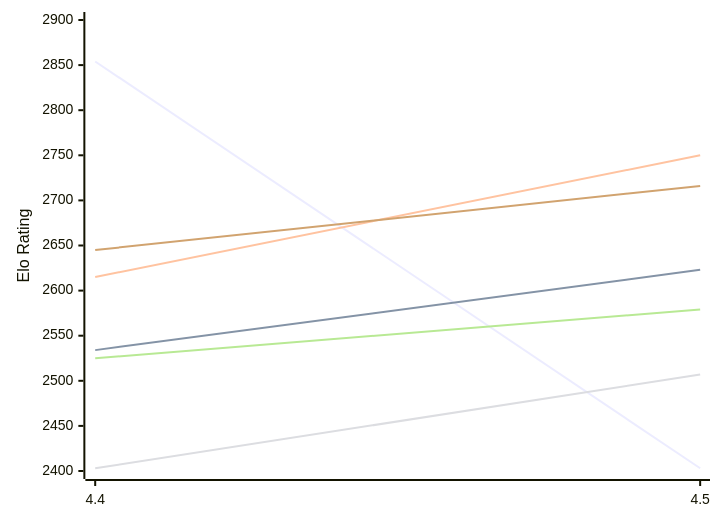
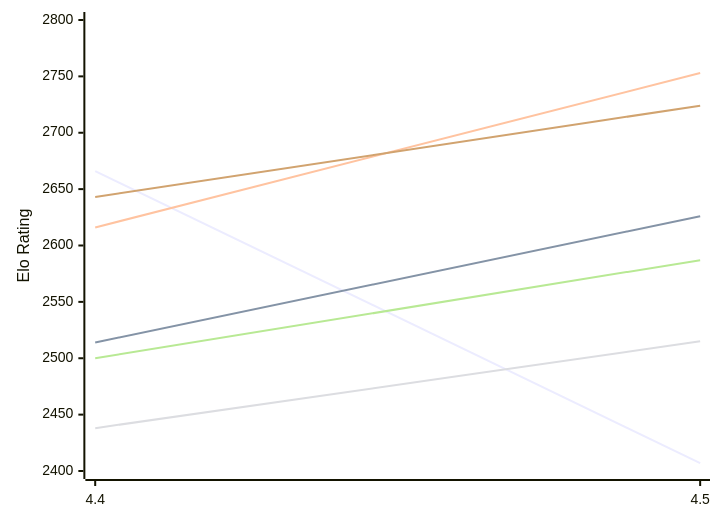
One commit to computer-chess-index/cci changed the first of 2 diagrams in engines/Eubos.md. Above: the diagram before and after it, drawn with Mermaid. The commit also changed other lines of this file, not shown here.

Commit message:
Update CCI Ratings (ELO VLTC) - 2026-11-25

````diff
--- a/engines/Eubos.md
+++ b/engines/Eubos.md
@@ -52,12 +52,12 @@
 ```mermaid
 %%{init: {"theme":"base","themeVariables":{"seriesColors:['#a3a3a3','#222221','#faa371']}}}%%
 xychart-beta
   x-axis ["4.4", "4.5"]
-  y-axis "Elo Rating" 2400 --> 2900
-  line "E1: STC (8.0+0.08s)" [2854, 2403]
-  line "E1: LTC (60.0+0.60s)" [2534, 2623]
-  line "E1: VLTC (2m24s+1.12s)" [2615, 2750]
-  line "P1: STC (8.0+0.08s)" [2403, 2507]
-  line "P1: LTC (60.0+0.60s)" [2525, 2579]
-  line "P1: VLTC (2m24s+1.12s)" [2645, 2716]
+  y-axis "Elo Rating" 2400 --> 2800
+  line "E1: STC (8.0+0.08s)" [2666, 2407]
+  line "E1: LTC (60.0+0.60s)" [2514, 2626]
+  line "E1: VLTC (2m24s+1.12s)" [2616, 2753]
+  line "P1: STC (8.0+0.08s)" [2438, 2515]
+  line "P1: LTC (60.0+0.60s)" [2500, 2587]
+  line "P1: VLTC (2m24s+1.12s)" [2643, 2724]
 ```
````
